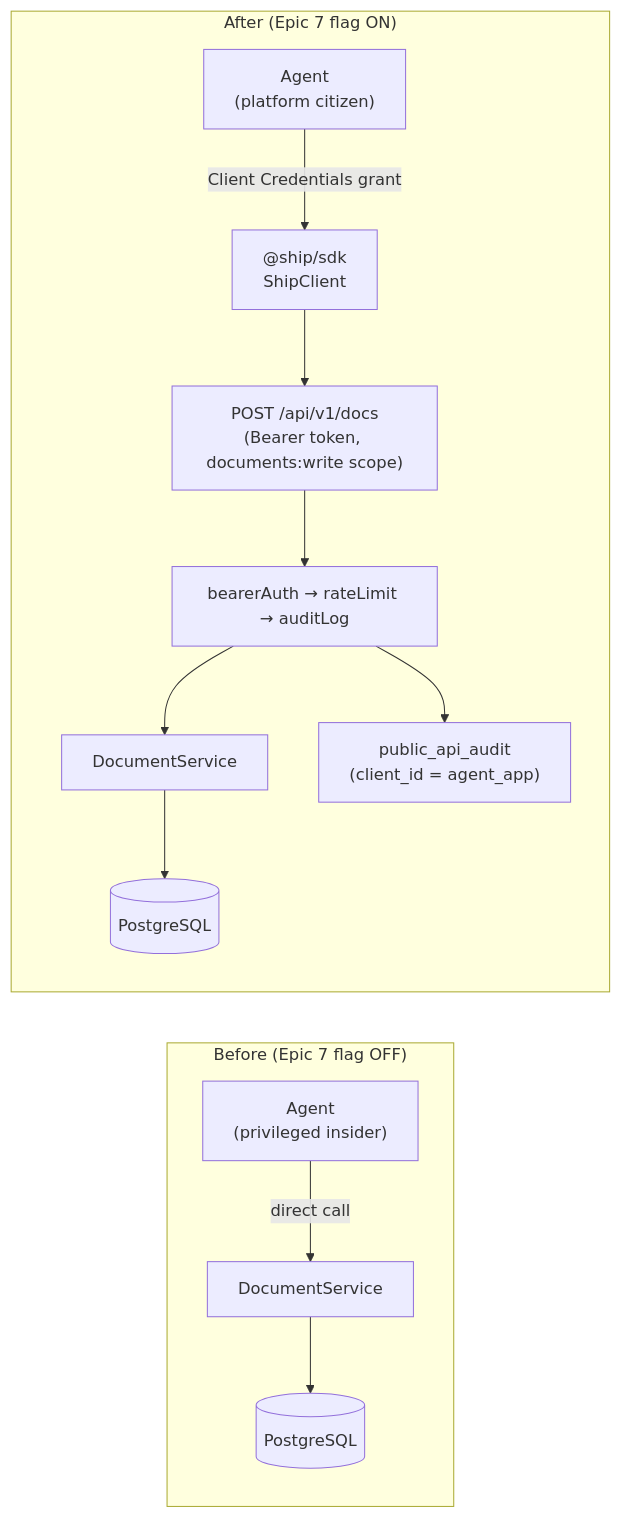
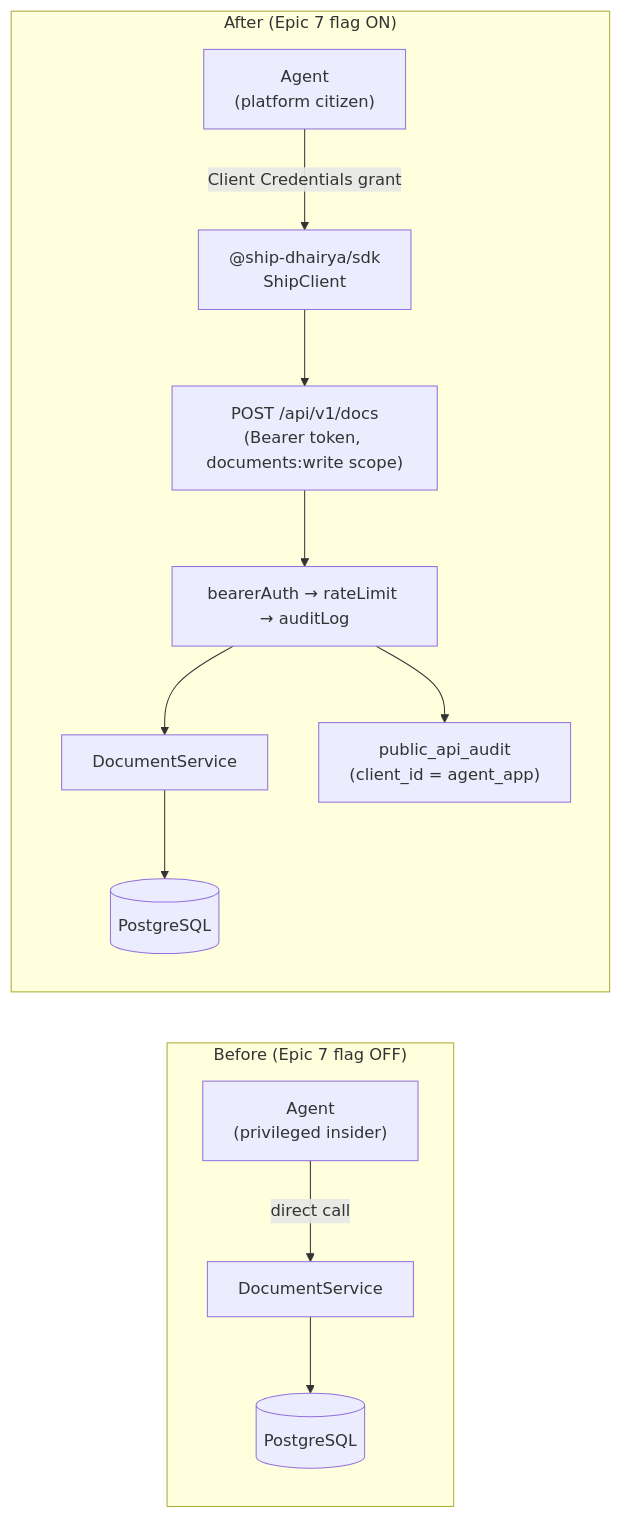
The fifth of 5 diagrams in PLUGFORGE-PLAN.md (dhairyasurana007/ship), drawn with Mermaid before and after one commit. The commit also changed other lines of this file and 22 other files, not shown here.

````diff
--- a/PLUGFORGE-PLAN.md
+++ b/PLUGFORGE-PLAN.md
@@ -481,25 +481,25 @@
 ```mermaid
 flowchart LR
     subgraph Before ["Before (Epic 7 flag OFF)"]
         A1["Agent\n(privileged insider)"]
         A1 -->|direct call| DS1["DocumentService"]
         DS1 --> DB1[("PostgreSQL")]
     end
 
     subgraph After ["After (Epic 7 flag ON)"]
         A2["Agent\n(platform citizen)"]
-        SDK2["@ship/sdk\nShipClient"]
+        SDK2["@ship-dhairya/sdk\nShipClient"]
         V1["POST /api/v1/docs\n(Bearer token, documents:write scope)"]
         Mid2["bearerAuth → rateLimit → auditLog"]
         DS2["DocumentService"]
         DB2[("PostgreSQL")]
         Audit["public_api_audit\n(client_id = agent_app)"]
 
         A2 -->|Client Credentials grant| SDK2
         SDK2 --> V1
         V1 --> Mid2
         Mid2 --> DS2
         DS2 --> DB2
         Mid2 --> Audit
     end
 ```
````
